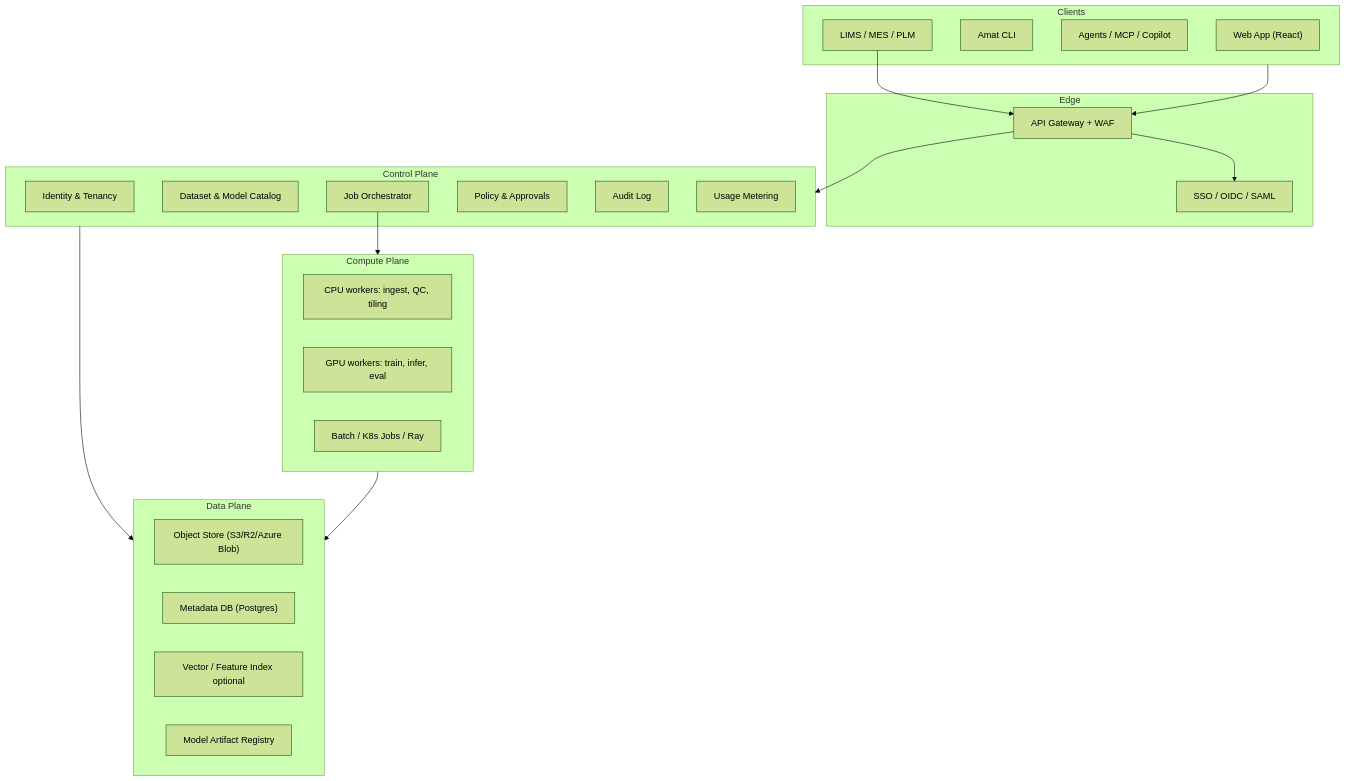
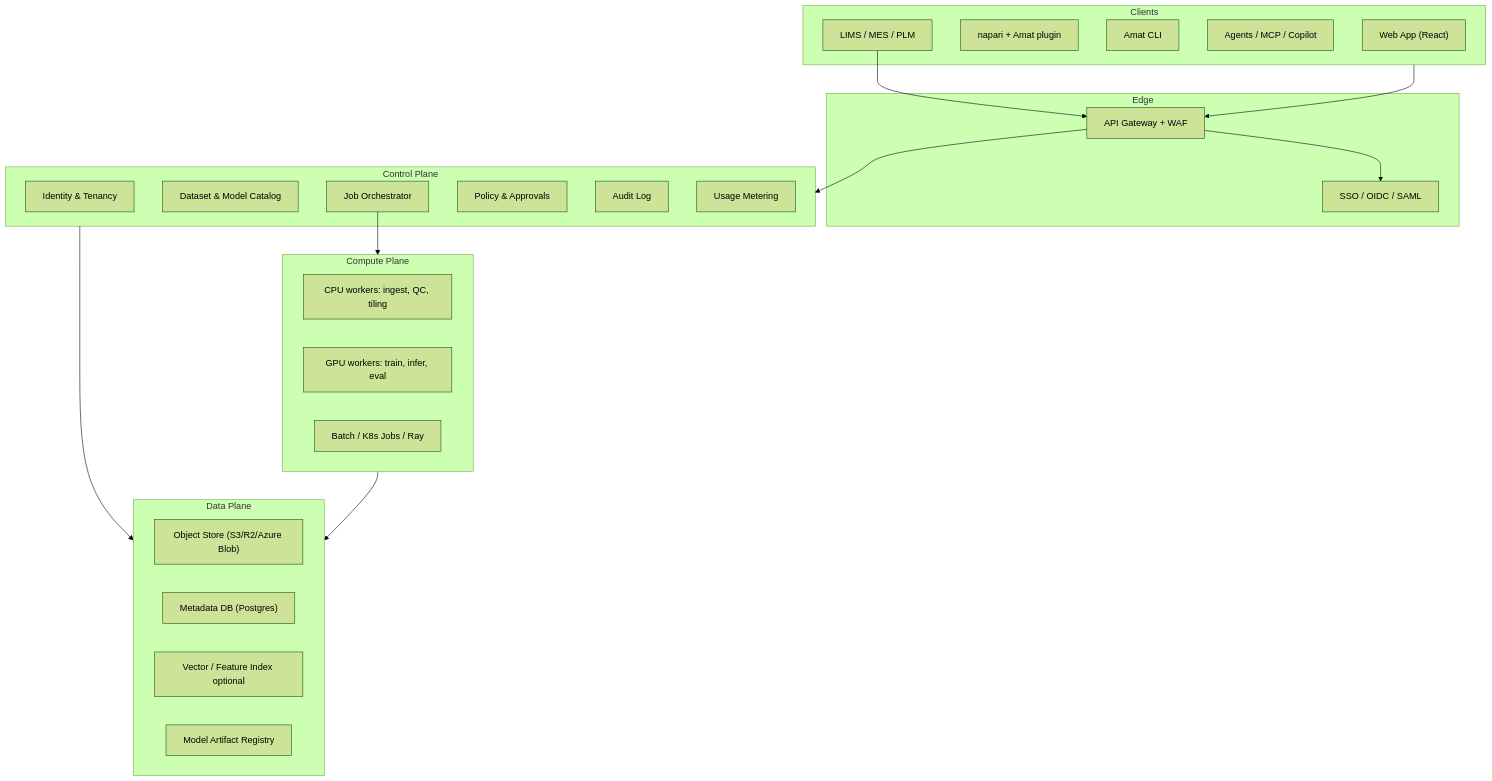
One commit to tyc-aidev/microscopy-analysis changed the first of 3 diagrams in docs/ENTERPRISE_SAAS_DESIGN.md. Above: the diagram before and after it, drawn with Mermaid (forest theme). The commit also changed other lines of this file, not shown here.

First line of the commit message:
docs: integrate napari as scientific viewer and annotator

````diff
--- a/docs/ENTERPRISE_SAAS_DESIGN.md
+++ b/docs/ENTERPRISE_SAAS_DESIGN.md
@@ -52,44 +52,45 @@
 ```mermaid
 flowchart TB
   subgraph clients [Clients]
     Web["Web App (React)"]
+    Napari["napari + Amat plugin"]
     CLI["Amat CLI"]
     Agents["Agents / MCP / Copilot"]
     Partners["LIMS / MES / PLM"]
   end
 
   subgraph edge [Edge]
     GW["API Gateway + WAF"]
     IdP["SSO / OIDC / SAML"]
   end
 
   subgraph control [Control Plane]
     IAM["Identity & Tenancy"]
     Catalog["Dataset & Model Catalog"]
     Orch["Job Orchestrator"]
     Policy["Policy & Approvals"]
     Audit["Audit Log"]
     Billing["Usage Metering"]
   end
 
   subgraph data [Data Plane]
     Obj["Object Store (S3/R2/Azure Blob)"]
     Meta["Metadata DB (Postgres)"]
     Search["Vector / Feature Index optional"]
     Registry["Model Artifact Registry"]
   end
 
   subgraph compute [Compute Plane]
     CPU["CPU workers: ingest, QC, tiling"]
     GPU["GPU workers: train, infer, eval"]
     Batch["Batch / K8s Jobs / Ray"]
   end
 
   clients --> GW
   GW --> IdP
   GW --> control
   control --> data
   Orch --> compute
   compute --> data
   Partners --> GW
 ```
````
